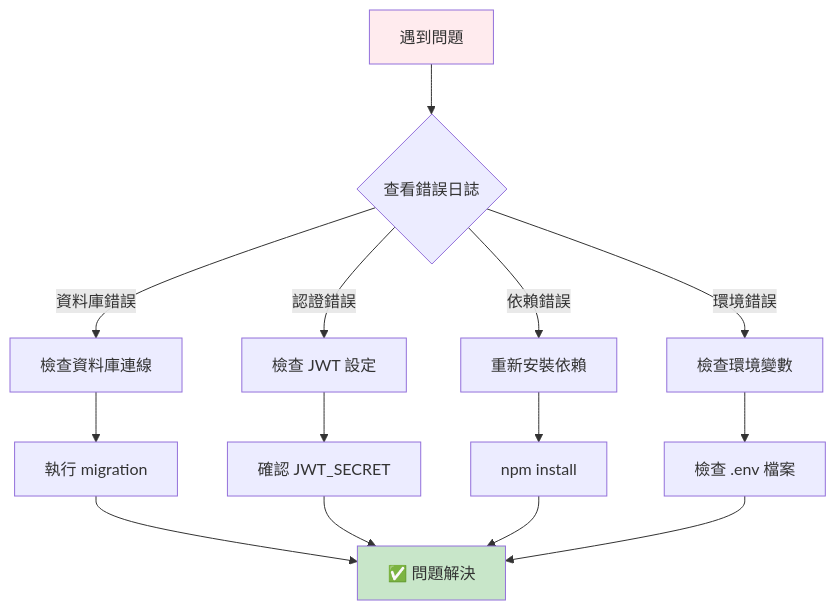
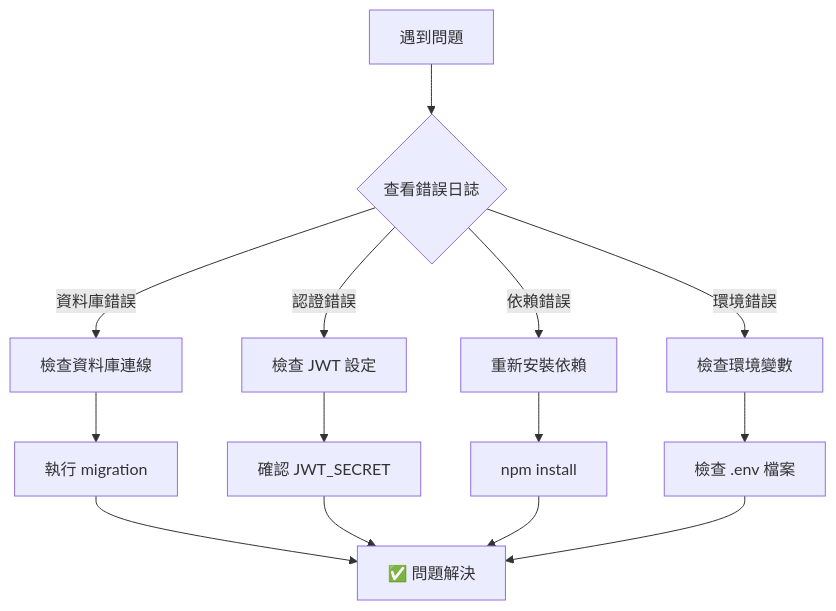
One commit to tboydar/service-booking-api changed diagram 21 of 23 in README.md. Above: the diagram before and after it, drawn with Mermaid. The commit also changed other lines of this file and 2 other files, not shown here.

````diff
--- a/README.md
+++ b/README.md
@@ -1486,22 +1450,20 @@
 ```mermaid
 flowchart TD
     Start[遇到問題] --> CheckLogs{查看錯誤日誌}
 
     CheckLogs -->|資料庫錯誤| DBIssue[檢查資料庫連線]
     CheckLogs -->|認證錯誤| AuthIssue[檢查 JWT 設定]
     CheckLogs -->|依賴錯誤| DepIssue[重新安裝依賴]
     CheckLogs -->|環境錯誤| EnvIssue[檢查環境變數]
 
     DBIssue --> RunMigration[執行 migration]
     AuthIssue --> CheckSecret[確認 JWT_SECRET]
     DepIssue --> NpmInstall[npm install]
     EnvIssue --> CheckEnv[檢查 .env 檔案]
 
     RunMigration --> Solved[✅ 問題解決]
     CheckSecret --> Solved
     NpmInstall --> Solved
     CheckEnv --> Solved
 
-    style Start fill:#ffebee
-    style Solved fill:#c8e6c9
 ```
````
